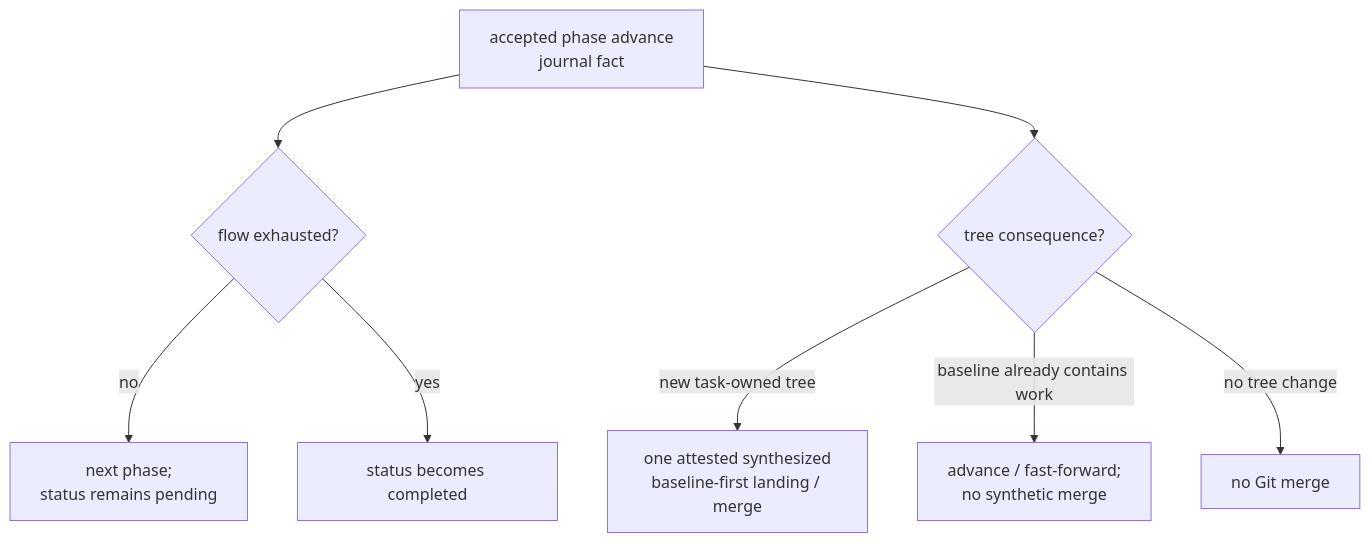
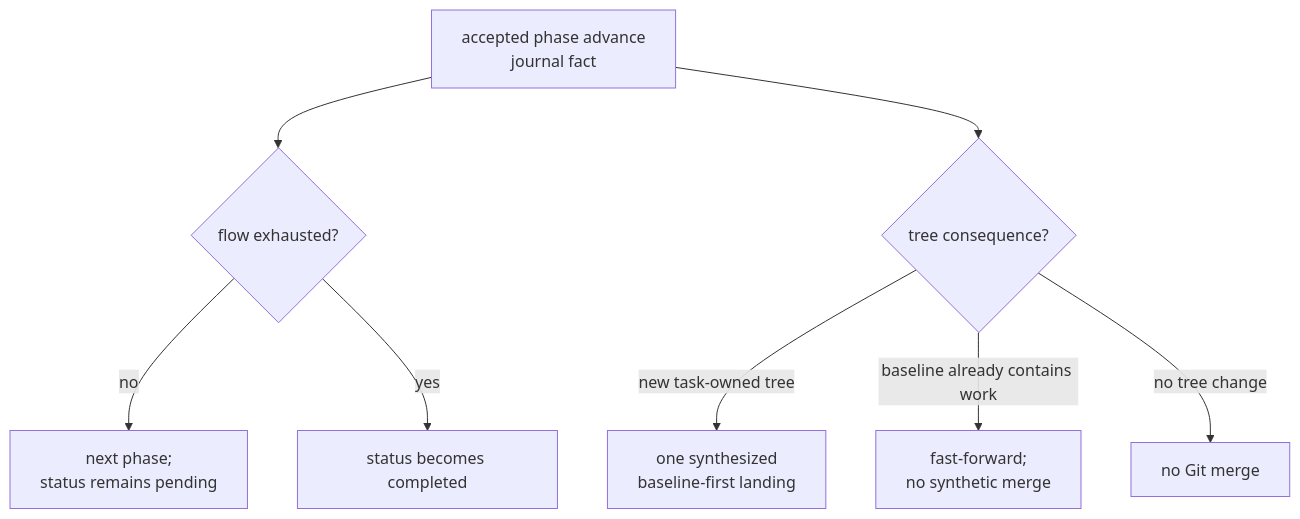
Before and after one commit to infimalabs/spice-rust: the fifth of 14 diagrams in docs/product/loops.md, drawn with Mermaid. The commit also changed other lines of this file and 1 other file, not shown here.

````diff
--- a/docs/product/loops.md
+++ b/docs/product/loops.md
@@ -110,10 +65,10 @@
 ```mermaid
 flowchart TD
   A["accepted phase advance<br/>journal fact"] --> X{"flow exhausted?"}
   X -- no --> P["next phase;<br/>status remains pending"]
   X -- yes --> C["status becomes completed"]
   A --> T{"tree consequence?"}
-  T -- "new task-owned tree" --> L["one attested synthesized<br/>baseline-first landing / merge"]
-  T -- "baseline already contains work" --> F["advance / fast-forward;<br/>no synthetic merge"]
+  T -- "new task-owned tree" --> L["one synthesized<br/>baseline-first landing"]
+  T -- "baseline already contains work" --> F["fast-forward;<br/>no synthetic merge"]
   T -- "no tree change" --> J["no Git merge"]
 ```
````
